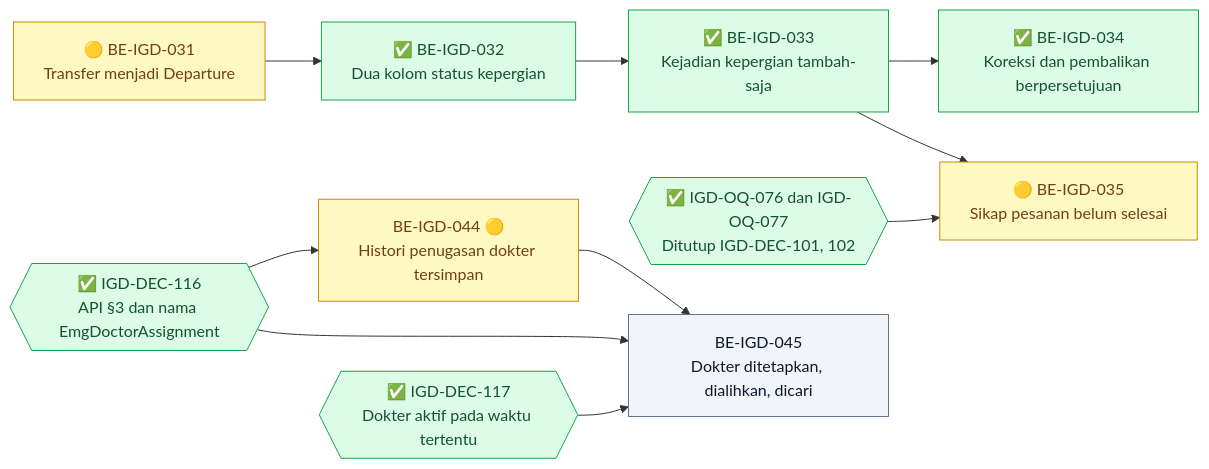
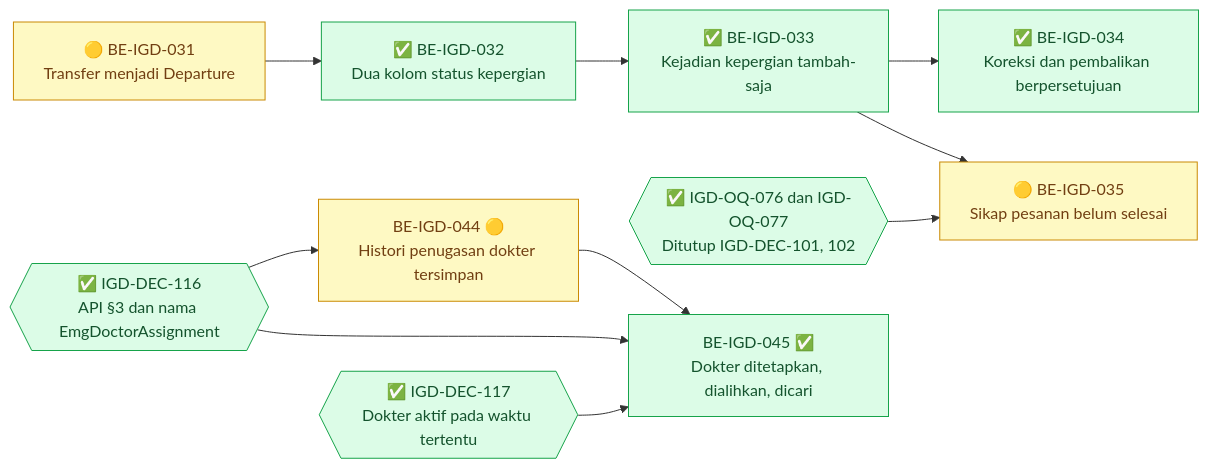
Before and after one commit to DevBenari/NewQuilvianSystemBackend: the fifth of 8 diagrams in docs/module-blueprints/igd/roadmap/backend-roadmap.md, drawn with Mermaid. The commit also changed other lines of this file and 15 other files, not shown here.

````diff
--- a/docs/module-blueprints/igd/roadmap/backend-roadmap.md
+++ b/docs/module-blueprints/igd/roadmap/backend-roadmap.md
@@ -872,29 +873,29 @@
 ```mermaid
 flowchart LR
     classDef selesai fill:#DCFCE7,stroke:#16A34A,color:#14532D
     classDef sebagian fill:#FEF9C3,stroke:#CA8A04,color:#713F12
     classDef terblokir fill:#FEE2E2,stroke:#DC2626,color:#7F1D1D
     classDef belum fill:#F1F5F9,stroke:#64748B,color:#0F172A
     classDef luar fill:#EDE9FE,stroke:#7C3AED,color:#3B0764
 
     BEIGD031["🟡 BE-IGD-031<br/>Transfer menjadi Departure"]:::sebagian
     BEIGD032["✅ BE-IGD-032<br/>Dua kolom status kepergian"]:::selesai
     BEIGD033["✅ BE-IGD-033<br/>Kejadian kepergian tambah-saja"]:::selesai
     BEIGD034["✅ BE-IGD-034<br/>Koreksi dan pembalikan berpersetujuan"]:::selesai
     BEIGD035["🟡 BE-IGD-035<br/>Sikap pesanan belum selesai"]:::sebagian
     OQ076{{"✅ IGD-OQ-076 dan IGD-OQ-077<br/>Ditutup IGD-DEC-101, 102"}}:::selesai
     BEIGD044["BE-IGD-044 🟡<br/>Histori penugasan dokter tersimpan"]:::sebagian
-    BEIGD045["BE-IGD-045<br/>Dokter ditetapkan, dialihkan, dicari"]:::belum
+    BEIGD045["BE-IGD-045 ✅<br/>Dokter ditetapkan, dialihkan, dicari"]:::selesai
     DEC116{{"✅ IGD-DEC-116<br/>API §3 dan nama EmgDoctorAssignment"}}:::selesai
     DEC117{{"✅ IGD-DEC-117<br/>Dokter aktif pada waktu tertentu"}}:::selesai
 
     BEIGD031 --> BEIGD032
     BEIGD032 --> BEIGD033
     BEIGD033 --> BEIGD034
     BEIGD033 --> BEIGD035
     OQ076 --> BEIGD035
     DEC116 --> BEIGD044
     BEIGD044 --> BEIGD045
     DEC116 --> BEIGD045
     DEC117 --> BEIGD045
 ```
````
